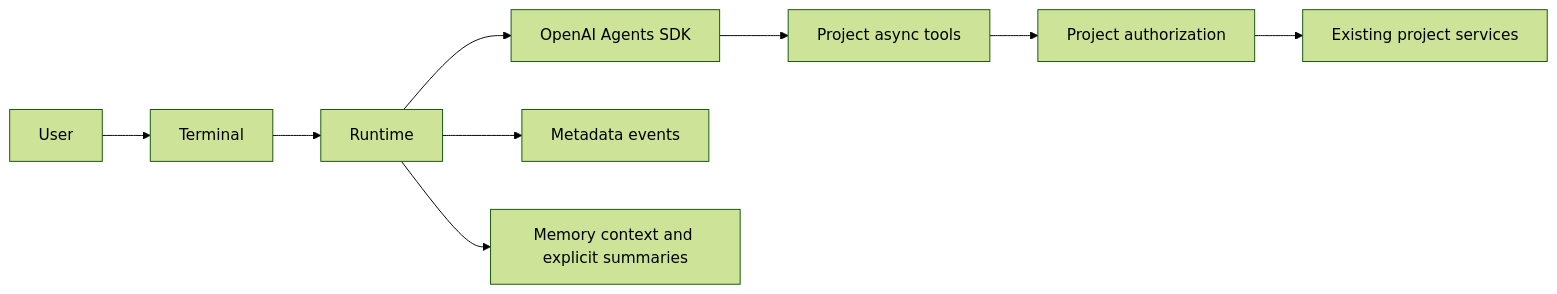
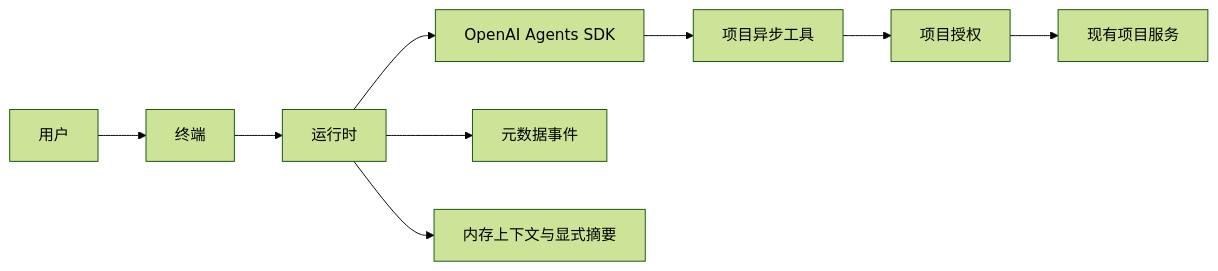
One commit to xsoway/agent-entry-cli changed the diagram in docs/architecture.md. Above: the diagram before and after it, drawn with Mermaid (forest theme). The commit also changed other lines of this file and 63 other files, not shown here.

````diff
--- a/docs/architecture.md
+++ b/docs/architecture.md
@@ -3,11 +3,11 @@
 ```mermaid
 flowchart LR
-    User --> Terminal
-    Terminal --> Runtime
+    User[用户] --> Terminal[终端]
+    Terminal --> Runtime[运行时]
     Runtime --> SDK[OpenAI Agents SDK]
-    SDK --> Tools[Project async tools]
-    Tools --> Policy[Project authorization]
-    Policy --> Services[Existing project services]
-    Runtime --> Metadata[Metadata events]
-    Runtime --> Context[Memory context and explicit summaries]
+    SDK --> Tools[项目异步工具]
+    Tools --> Policy[项目授权]
+    Policy --> Services[现有项目服务]
+    Runtime --> Metadata[元数据事件]
+    Runtime --> Context[内存上下文与显式摘要]
 ```
````
